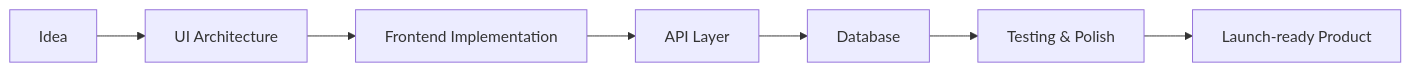
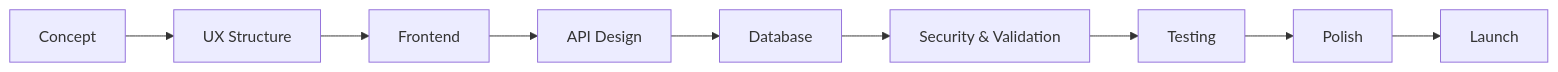
One commit to Zypheriss/zypheriss changed the diagram in README.md. Above: the diagram before and after it, drawn with Mermaid. The commit also changed other lines of this file, not shown here.

````diff
--- a/README.md
+++ b/README.md
@@ -100,9 +109,11 @@
 ```mermaid
 flowchart LR
-  A["Idea"] --> B["UI Architecture"]
-  B --> C["Frontend Implementation"]
-  C --> D["API Layer"]
+  A["Concept"] --> B["UX Structure"]
+  B --> C["Frontend"]
+  C --> D["API Design"]
   D --> E["Database"]
-  E --> F["Testing & Polish"]
-  F --> G["Launch-ready Product"]
+  E --> F["Security & Validation"]
+  F --> G["Testing"]
+  G --> H["Polish"]
+  H --> I["Launch"]
 ```
````
